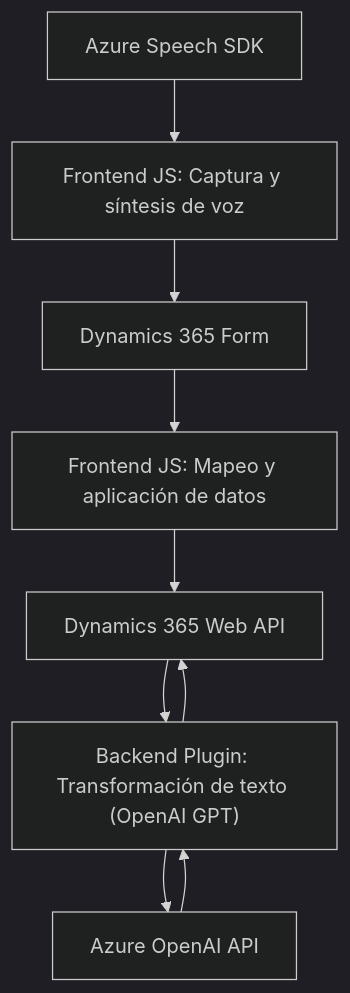
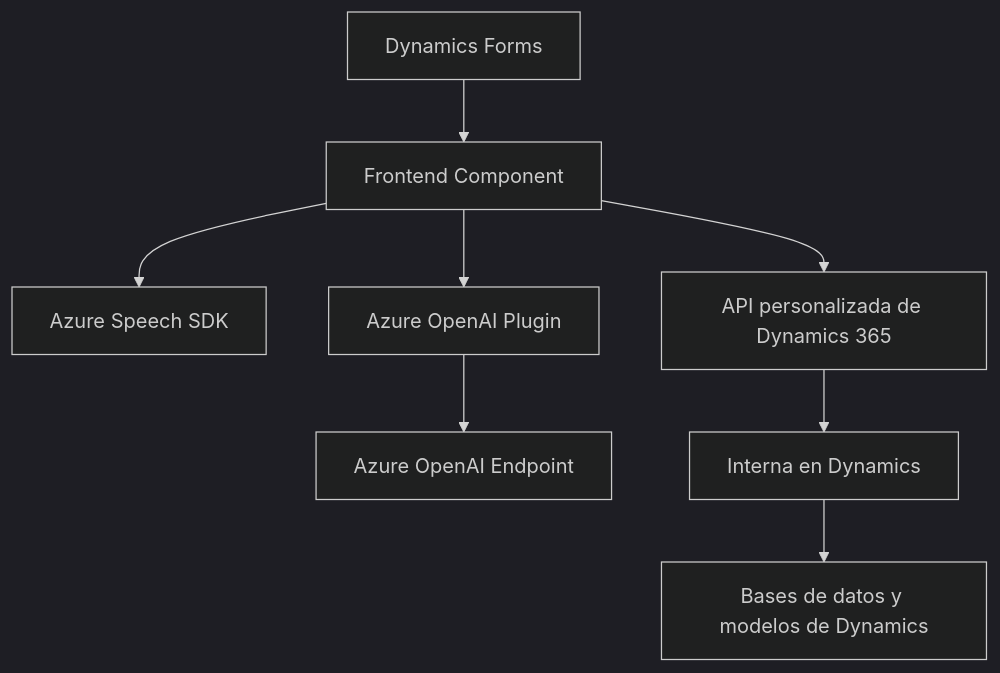
One commit to blopezdm/NETCORE_BILBAO2025 changed the diagram in README.md. Above: the diagram before and after it, drawn with Mermaid (dark theme). The commit also changed other lines of this file, not shown here.

````diff
--- a/README.md
+++ b/README.md
@@ -49,11 +43,10 @@
 ```mermaid
 graph TD
-    A["Azure Speech SDK"] --> B["Frontend JS: Captura y síntesis de voz"]
-    B --> C["Dynamics 365 Form"]
-    C --> D["Frontend JS: Mapeo y aplicación de datos"]
-    D --> E["Dynamics 365 Web API"]
-    E --> F["Backend Plugin: Transformación de texto (OpenAI GPT)"]
-    F --> G["Azure OpenAI API"]
-    G --> F
-    F --> E
+    A["Dynamics Forms"] --> B["Frontend Component"]
+    B["Frontend Component"] --> C["Azure Speech SDK"]
+    B["Frontend Component"] --> D["API personalizada de Dynamics 365"]
+    B["Frontend Component"] --> E["Azure OpenAI Plugin"]
+    E["Azure OpenAI Plugin"] --> F["Azure OpenAI Endpoint"]
+    D["API personalizada de Dynamics 365"] --> G["Interna en Dynamics"]
+    G["Interna en Dynamics"] --> H["Bases de datos y modelos de Dynamics"]
 ```
````
